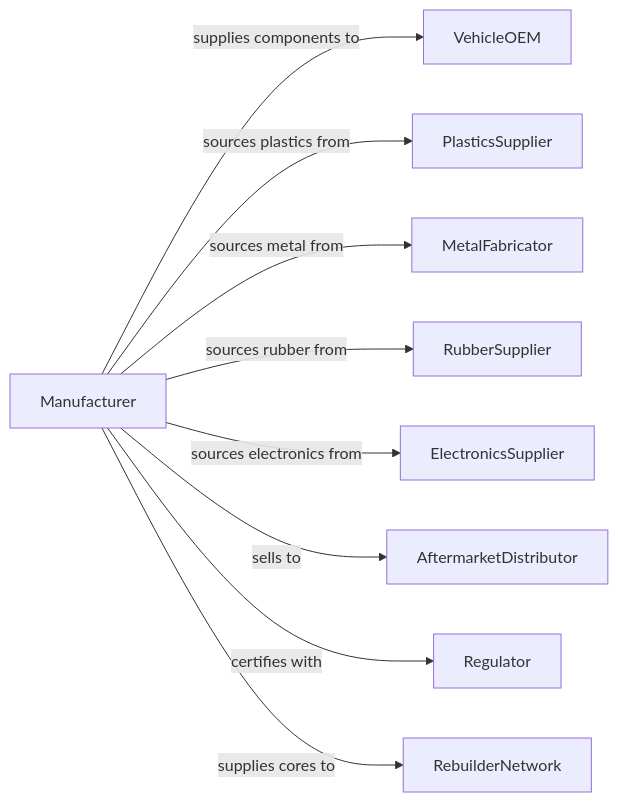
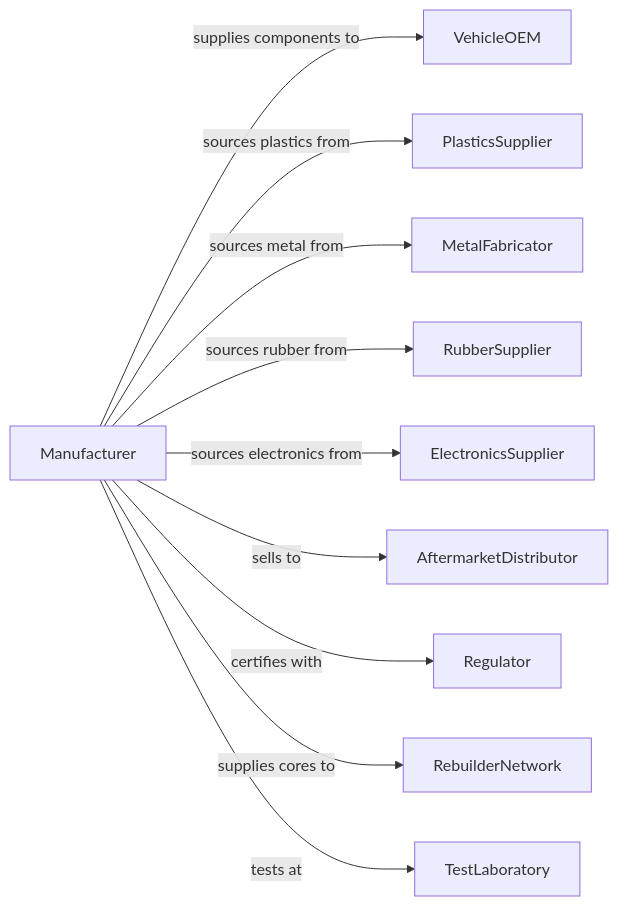
Before and after one commit to dot-org-ai/industries.org.ai: the second of 2 diagrams in Manufacturing/TransportationEquipmentManufacturing/MotorVehiclePartsManufacturing/OtherMotorVehiclePartsManufacturing.mdx, drawn with Mermaid. The commit also changed 588 other files, not shown here.

````diff
--- a/Manufacturing/TransportationEquipmentManufacturing/MotorVehiclePartsManufacturing/OtherMotorVehiclePartsManufacturing.mdx
+++ b/Manufacturing/TransportationEquipmentManufacturing/MotorVehiclePartsManufacturing/OtherMotorVehiclePartsManufacturing.mdx
@@ -129,13 +129,14 @@
 ```mermaid
 graph LR
     M[Manufacturer]
 
     M -->|supplies components to| VehicleOEM
     M -->|sources plastics from| PlasticsSupplier
     M -->|sources metal from| MetalFabricator
     M -->|sources rubber from| RubberSupplier
     M -->|sources electronics from| ElectronicsSupplier
     M -->|sells to| AftermarketDistributor
     M -->|certifies with| Regulator
     M -->|supplies cores to| RebuilderNetwork
+    M -->|tests at| TestLaboratory
 ```
````
